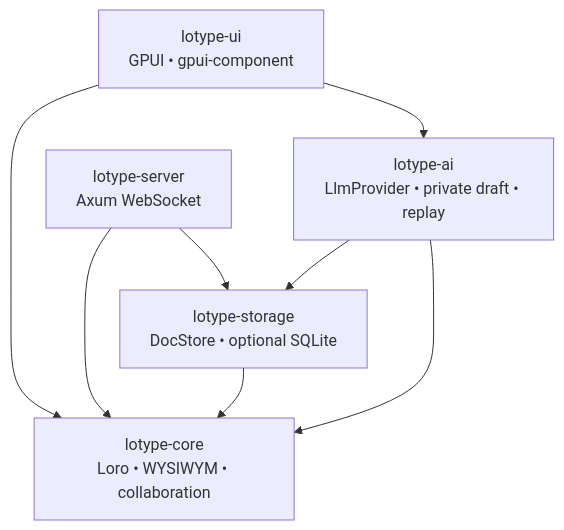
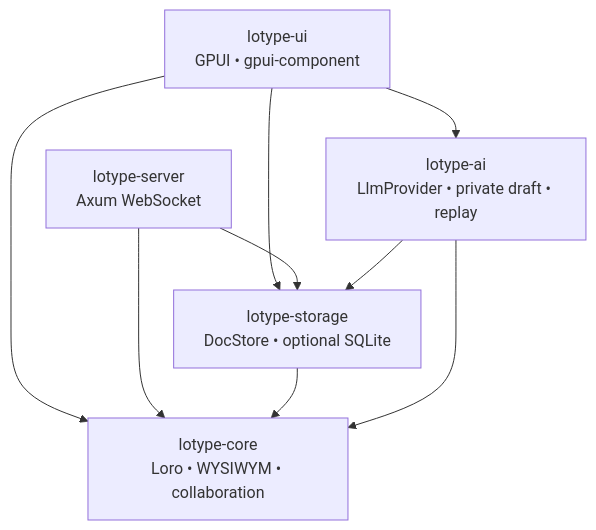
The diagram in ARCHITECTURE.md (lotype/lotype), drawn with Mermaid before and after one commit. The commit also changed other lines of this file, not shown here.

Commit message:
docs: update sync limits and storage dependencies

````diff
--- a/ARCHITECTURE.md
+++ b/ARCHITECTURE.md
@@ -95,13 +95,13 @@
 ```mermaid
 flowchart TD
     UI["lotype-ui<br/>GPUI • gpui-component"]
     SERVER["lotype-server<br/>Axum WebSocket"]
     STORAGE["lotype-storage<br/>DocStore • optional SQLite"]
     AI["lotype-ai<br/>LlmProvider • private draft • replay"]
     CORE["lotype-core<br/>Loro • WYSIWYM • collaboration"]
 
-    UI --> CORE & AI
+    UI --> CORE & AI & STORAGE
     SERVER --> CORE & STORAGE
     STORAGE --> CORE
     AI --> CORE & STORAGE
 ```
````
